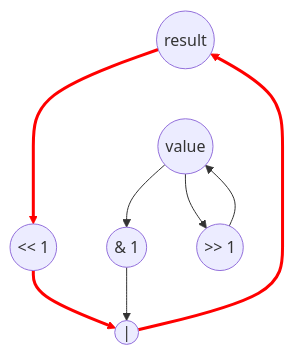
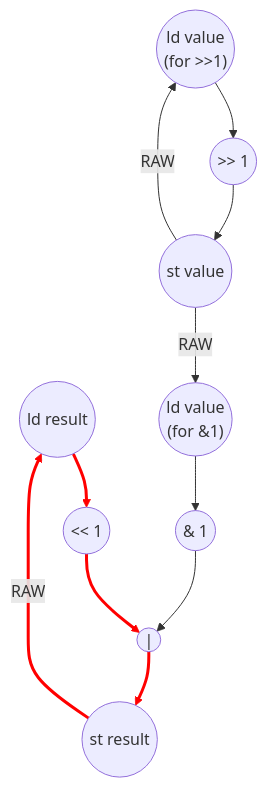
Before and after one commit to PolyArch/loom: the diagram in tests/app/bit_reverse/bit_reverse_eval.md, drawn with Mermaid. The commit also changed other lines of this file and 3 other files, not shown here.

````diff
--- a/tests/app/bit_reverse/bit_reverse_eval.md
+++ b/tests/app/bit_reverse/bit_reverse_eval.md
@@ -16,25 +92,39 @@
 ```mermaid
 %%{init: {"graph": {"defaultRenderer": "elk"}} }%%
 graph TD
-    %% Define the input nodes
-    result(("result")) ~~~ value(("value"))
+    %% Carried scalars from previous bit-iter
+    ld_r(("ld result"))
+    ld_v_band(("ld value<br>(for &1)"))
+    ld_v_shr(("ld value<br>(for >>1)"))
 
-    %% Define the computation nodes
+    %% Body ops
     shl((" << 1 "))
     band((" & 1 "))
     bor((" | "))
     shr((" >> 1 "))
 
-    %% Inner loop dependencies
-    result --> shl
-    value --> band & shr
+    %% Stores (close the recurrences)
+    st_r(("st result"))
+    st_v(("st value"))
+
+    %% Dependencies
+    ld_r --> shl
+    ld_v_band --> band
     shl --> bor
     band --> bor
+    bor --> st_r
 
-    %% Loop-carried back-edges
-    bor --> result
-    shr --> value
+    ld_v_shr --> shr
+    shr --> st_v
 
-    %% Critical Path (result recurrence, II = 2)
-    linkStyle 1,4,6 stroke:#ff0000,stroke-width:3px;
+    %% Loop-carry back-edges (RAW into next iter's loads)
+    st_r -->|RAW| ld_r
+    st_v -->|RAW| ld_v_band
+    st_v -->|RAW| ld_v_shr
+
+    %% Critical path: result recurrence ld → shl → | → st, II_bit = 4
+    linkStyle 0 stroke:#ff0000,stroke-width:3px;
+    linkStyle 2 stroke:#ff0000,stroke-width:3px;
+    linkStyle 4 stroke:#ff0000,stroke-width:3px;
+    linkStyle 7 stroke:#ff0000,stroke-width:3px;
 ```
````
